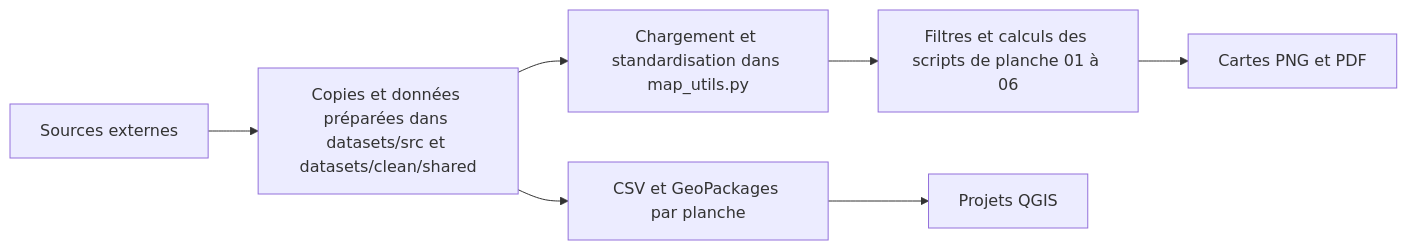
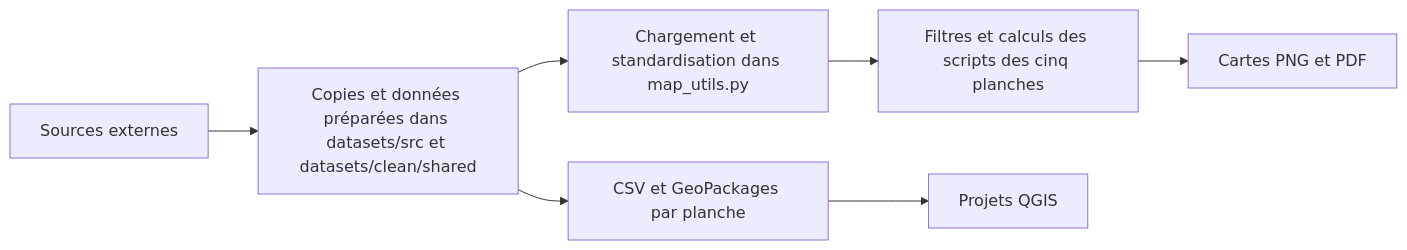
One commit to BriceBOKATOLA/atoutven changed the diagram in Resultats/Défi 2 - Les mobilités et l’emploi/defi-2_rhizome/production/docs/catalogue_fichiers.md. Above: the diagram before and after it, drawn with Mermaid. The commit also changed 9 other files, not shown here.

````diff
--- a/Resultats/Défi 2 - Les mobilités et l’emploi/defi-2_rhizome/production/docs/catalogue_fichiers.md
+++ b/Resultats/Défi 2 - Les mobilités et l’emploi/defi-2_rhizome/production/docs/catalogue_fichiers.md
@@ -7,9 +7,9 @@
 ```mermaid
 flowchart LR
     A[Sources externes] --> B[Copies et données préparées dans datasets/src et datasets/clean/shared]
     B --> C[Chargement et standardisation dans map_utils.py]
-    C --> D[Filtres et calculs des scripts de planche 01 à 06]
+    C --> D[Filtres et calculs des scripts des cinq planches]
     D --> E[Cartes PNG et PDF]
     B --> F[CSV et GeoPackages par planche]
     F --> G[Projets QGIS]
 ```
````
